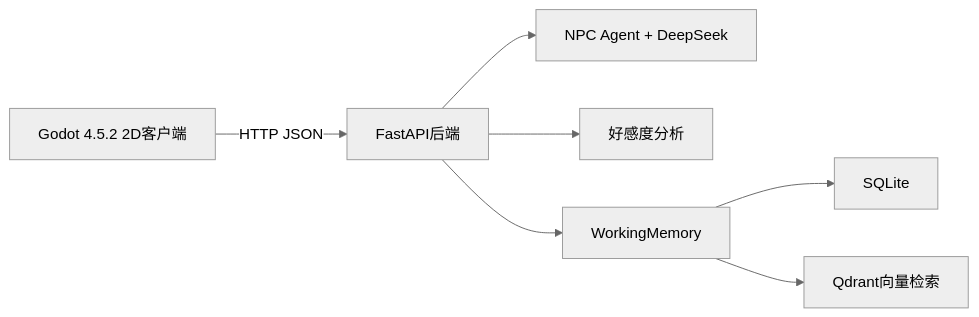
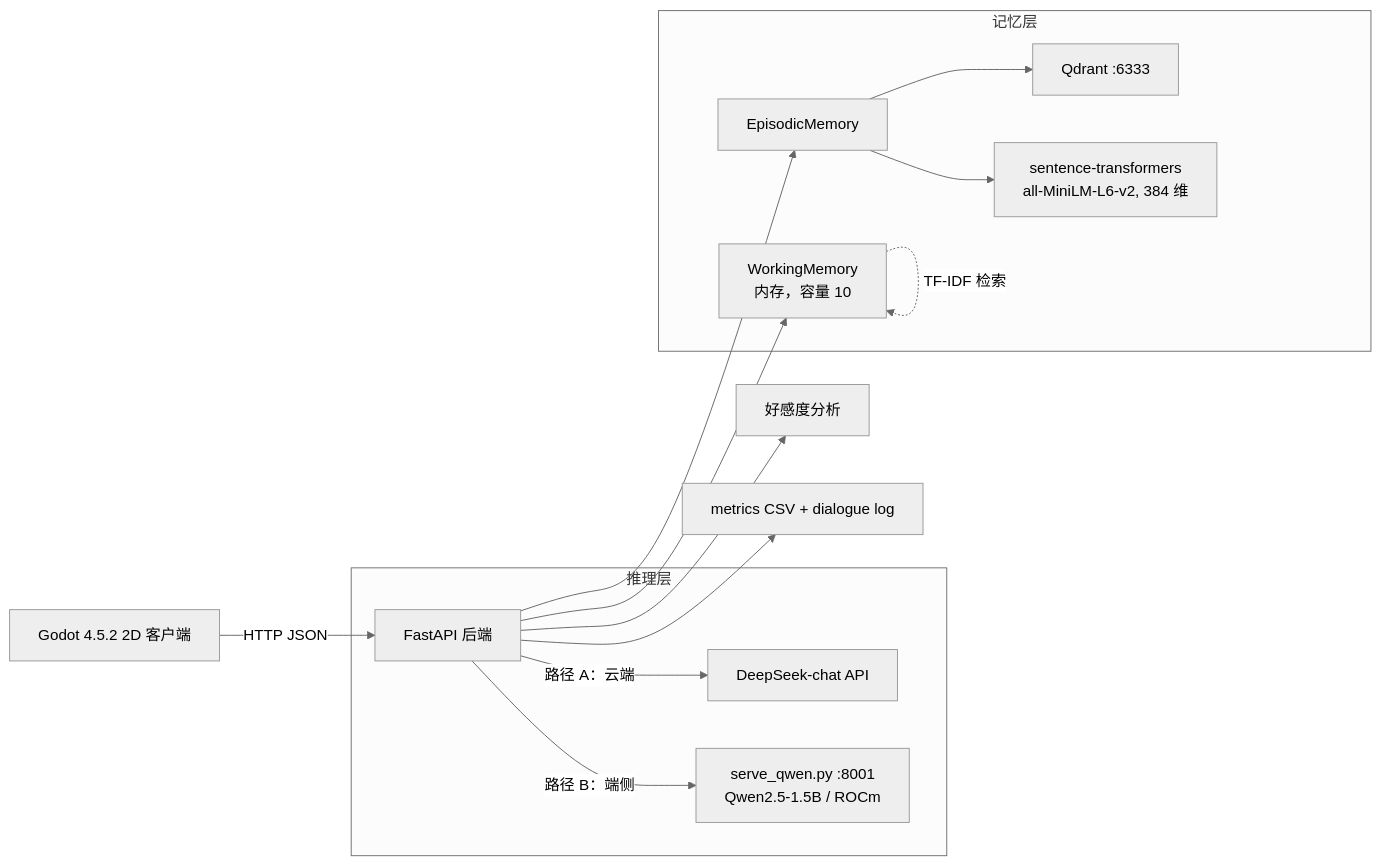
One commit to lingqinwd/cybertown-eval changed the diagram in docs/ARCHITECTURE.md. Above: the diagram before and after it, drawn with Mermaid (neutral theme). The commit also changed other lines of this file and 7 other files, not shown here.

````diff
--- a/docs/ARCHITECTURE.md
+++ b/docs/ARCHITECTURE.md
@@ -3,9 +3,20 @@
 ```mermaid
 flowchart LR
-    G[Godot 4.5.2 2D客户端] -->|HTTP JSON| F[FastAPI后端]
-    F --> A[NPC Agent + DeepSeek]
+    G[Godot 4.5.2 2D 客户端] -->|HTTP JSON| F[FastAPI 后端]
+
+    subgraph 推理层
+        F -->|路径 A：云端| D[DeepSeek-chat API]
+        F -->|路径 B：端侧| L[serve_qwen.py :8001<br/>Qwen2.5-1.5B / ROCm]
+    end
+
+    subgraph 记忆层
+        F --> W[WorkingMemory<br/>内存，容量 10]
+        F --> E[EpisodicMemory]
+        E --> Q[Qdrant :6333]
+        W -.TF-IDF 检索.-> W
+        E --> M[sentence-transformers<br/>all-MiniLM-L6-v2, 384 维]
+    end
+
     F --> R[好感度分析]
-    F --> M[WorkingMemory]
-    M --> S[SQLite]
-    M --> Q[Qdrant向量检索]
+    F --> LOG[metrics CSV + dialogue log]
 ```
````
